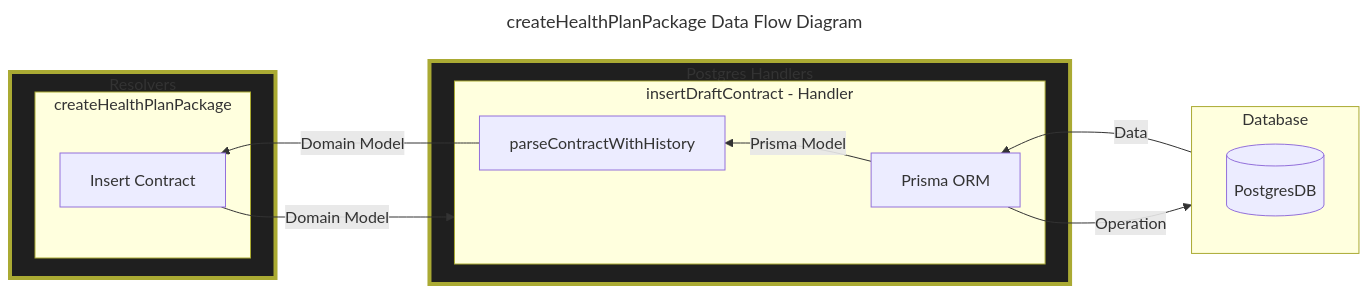
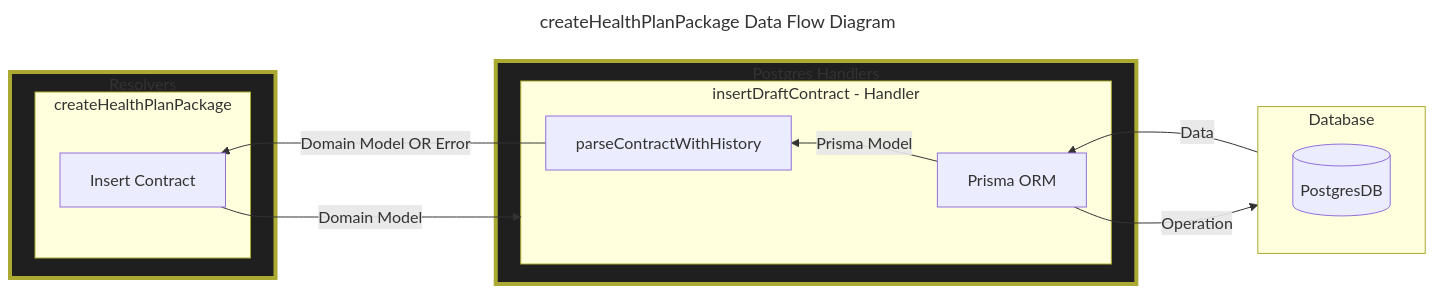
Before and after one commit to Enterprise-CMCS/managed-care-review: the second of 2 diagrams in docs/technical-design/resovler-design.md, drawn with Mermaid. The commit also changed other lines of this file, not shown here.

Commit message:
Fix another mermaid markdown errors.

````diff
--- a/docs/technical-design/resovler-design.md
+++ b/docs/technical-design/resovler-design.md
@@ -97,33 +97,33 @@
 ```mermaid
 ---
 title: createHealthPlanPackage Data Flow Diagram
 ---
 flowchart RL
     subgraph resolver[Resolvers]
       subgraph createHealthPlanPackage[createHealthPlanPackage]
         callInsertContract[Insert Contract]
       end 
     end
     
     subgraph postgresHandlers[Postgres Handlers]
       subgraph insertContractHandler[insertDraftContract - Handler]
         prismaOrm[Prisma ORM]
         parseContractWithHistory[parseContractWithHistory]
 
         prismaOrm -- Prisma Model --> parseContractWithHistory
       end 
     end
     
     subgraph dbContainer[Database]
       postgresDB[(PostgresDB)]
     end
 
     callInsertContract -- Domain Model --> insertContractHandler
-    parseContractWithHistory -- Domain Model --> callInsertContract
+    parseContractWithHistory -- Domain Model OR Error --> callInsertContract
 
     prismaOrm -- Operation --> dbContainer
     dbContainer -- Data --> prismaOrm
 
     style resolver stroke-width:4px,fill:#1f1f1f;
     style postgresHandlers stroke-width:4px,fill:#1f1f1f;
 ```
````
